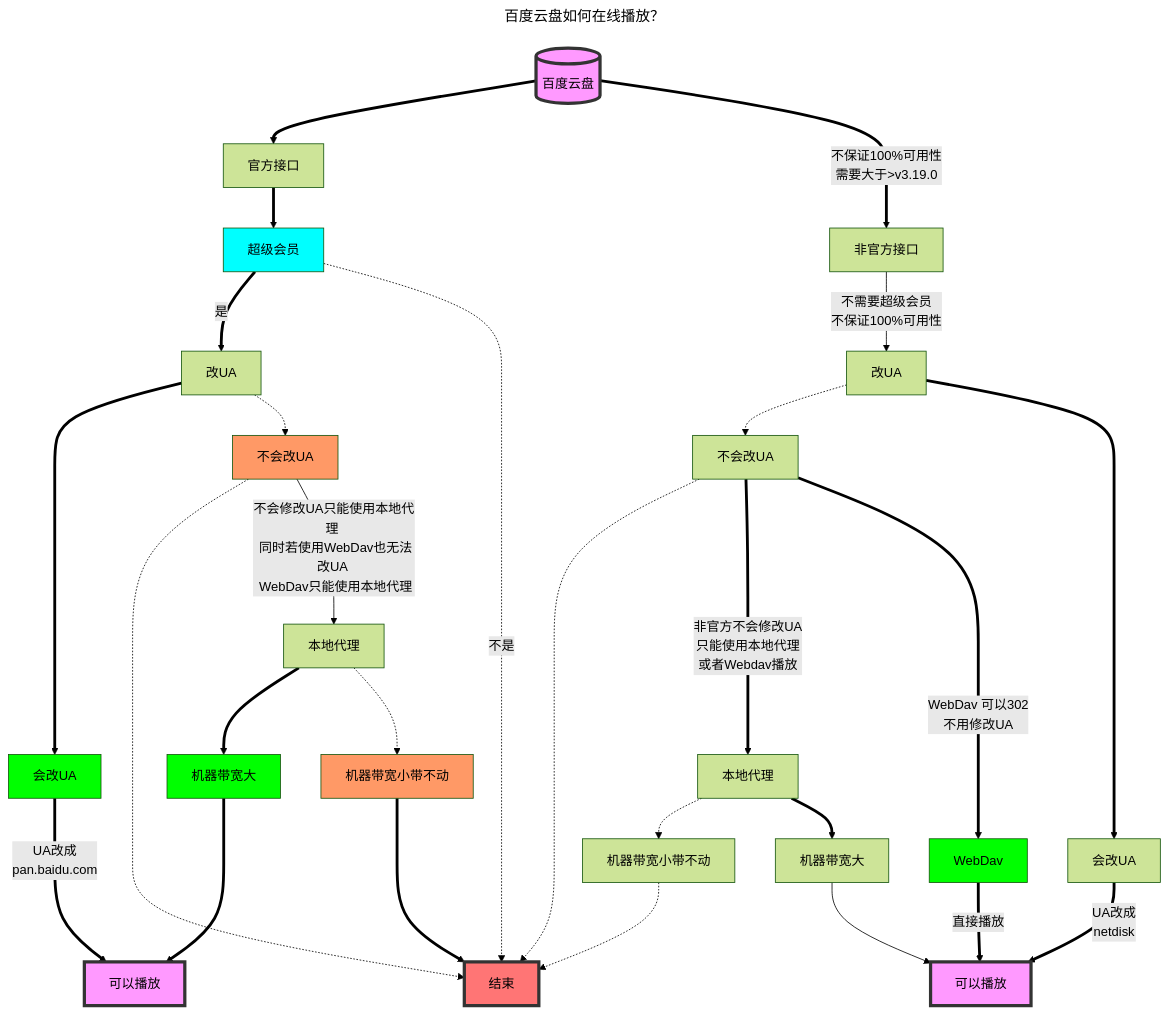
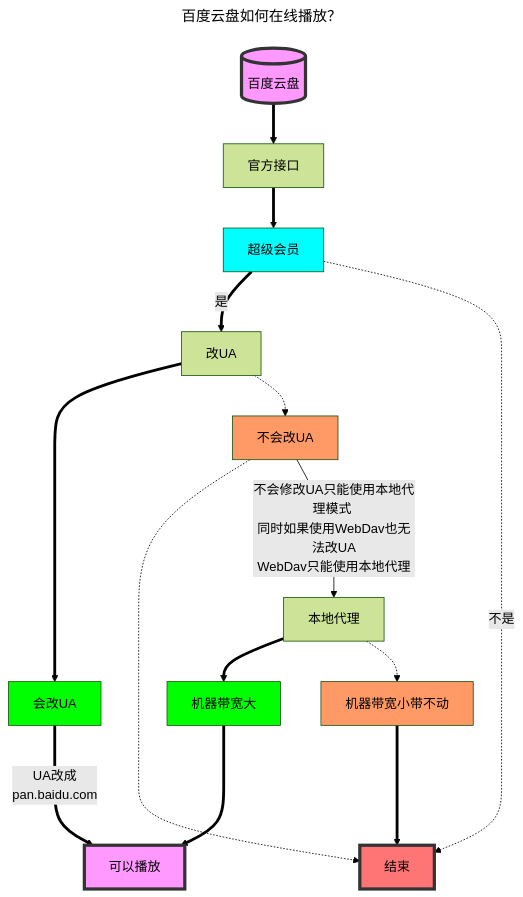
One commit to zyp91281115/docs changed the first of 2 diagrams in docs/zh/guide/drivers/baidu.md. Above: the diagram before and after it, drawn with Mermaid (forest theme). The commit also changed other lines of this file and 13 other files, not shown here.

````diff
--- a/docs/zh/guide/drivers/baidu.md
+++ b/docs/zh/guide/drivers/baidu.md
@@ -32,60 +32,37 @@
 ```mermaid
 ---
 title: 百度云盘如何在线播放？
 ---
 flowchart TB
   style l fill:#f9f,stroke:#333,stroke-width:4px
-  style ll fill:#f9f,stroke:#333,stroke-width:4px
   style m fill:#ff7575,stroke:#333,stroke-width:4px
   style a fill:#f9f,stroke:#333,stroke-width:4px
   classDef class1 fill:#0f0
   classDef class2 fill:#0ff
   classDef class3 fill:#f96
   a[(百度云盘)]
   1[官方接口]
-  2[非官方接口]
   b[超级会员]
   c[改UA]
   d[会改UA]
   e[不会改UA]
   f[本地代理]
   g[机器带宽大]
   k[机器带宽小带不动]
   l[可以播放]
   m[结束]
   a ==> 1
   1 ==> b
   b:::class2 ==>|是| c
   b -.->|不是| m
   c ==> d
   c -.-> e
-  d:::class1 ===>|UA改成 \n pan.baidu.com| l
+  d:::class1 ===>|UA改成<br/>pan.baidu.com| l
   e:::class3 -.-> m
-  e:::class3 -->|不会修改UA只能使用本地代理 \n 同时若使用WebDav也无法改UA \n WebDav只能使用本地代理| f
+  e:::class3 -->|不会修改UA只能使用本地代理模式 <br/>同时如果使用WebDav也无法改UA<br/>WebDav只能使用本地代理| f
   f ==> g
   f -.-> k
   g:::class1 ===> l
   k:::class3 ===> m
-  a ==>|不保证100%可用性 \n 需要大于>v3.19.0| 2
-  cc[改UA]
-  dd[会改UA]
-  ee[不会改UA]
-  mm[WebDav]
-  ff[本地代理]
-  ll[可以播放]
-  gg[机器带宽大]
-  kk[机器带宽小带不动]
-  2 --> |不需要超级会员 \n 不保证100%可用性| cc
-  cc -.-> ee
-  cc ==> dd
-  dd ==>|UA改成 \n netdisk| ll
-  mm:::class1 ==> |直接播放| ll
-  ee -.-> m
-  ee ===> |非官方不会修改UA \n 只能使用本地代理\n 或者Webdav播放| ff
-  ee ===> |WebDav 可以302 \n 不用修改UA| mm
-  ff -.-> kk
-  ff ==> gg
-  kk -.-> m
-  gg --> ll
   click c,e,d,m,cc,dd,ee "#添加-user-agent-使用示例"
 ```
````
